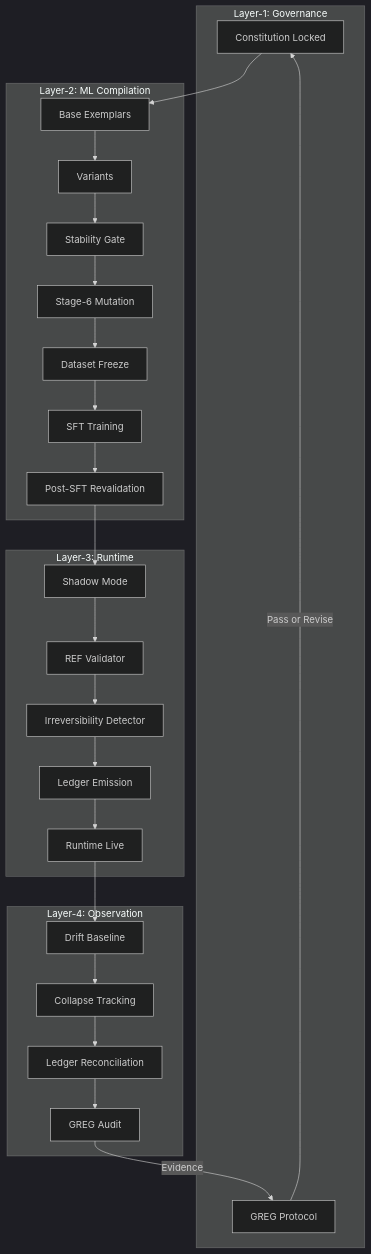
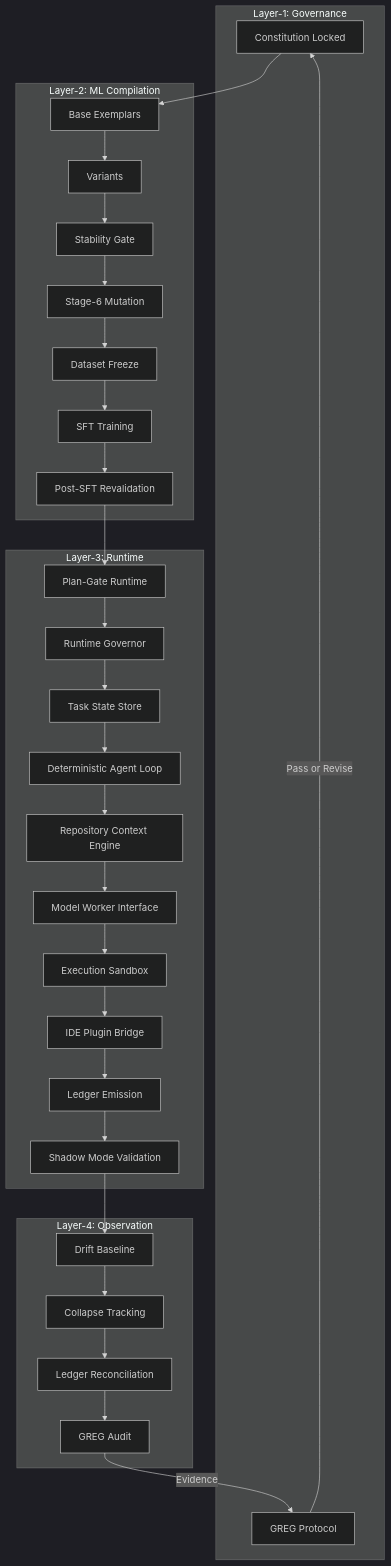
The diagram in docs/ROADMAP_L2_L3_L4.md (harshilshah2501/m-coder), drawn with Mermaid (dark theme) before and after one commit. The commit also changed other lines of this file and 16 other files, not shown here.

First line of the commit message:
Layer-3: add runtime-governed docs, tracker, and emulator plan

````diff
--- a/docs/ROADMAP_L2_L3_L4.md
+++ b/docs/ROADMAP_L2_L3_L4.md
@@ -120,40 +129,45 @@
 ```mermaid
 flowchart TB
   subgraph L1 [Layer-1: Governance]
     G[Constitution Locked]
     GREG[GREG Protocol]
   end
 
   subgraph L2 [Layer-2: ML Compilation]
     B[Base Exemplars]
     V[Variants]
     ST[Stability Gate]
     MUT[Stage-6 Mutation]
     FZ[Dataset Freeze]
     SFT[SFT Training]
     PSFT[Post-SFT Revalidation]
   end
 
   subgraph L3 [Layer-3: Runtime]
-    SM[Shadow Mode]
-    RV[REF Validator]
-    IV[Irreversibility Detector]
-    LE[Ledger Emission]
-    RL[Runtime Live]
+    PGRT[Plan-Gate Runtime]
+    RG[Runtime Governor]
+    TS[Task State Store]
+    DAL[Deterministic Agent Loop]
+    RCE[Repository Context Engine]
+    SBX[Execution Sandbox]
+    MW[Model Worker Interface]
+    IDE[IDE Plugin Bridge]
+    LED[Ledger Emission]
+    SHD[Shadow Mode Validation]
   end
 
   subgraph L4 [Layer-4: Observation]
     DB[Drift Baseline]
     CV[Collapse Tracking]
     LR[Ledger Reconciliation]
     GA[GREG Audit]
   end
 
   G --> B
   B --> V --> ST --> MUT --> FZ --> SFT --> PSFT
-  PSFT --> SM
-  SM --> RV --> IV --> LE --> RL
-  RL --> DB --> CV --> LR --> GA
+  PSFT --> PGRT
+  PGRT --> RG --> TS --> DAL --> RCE --> MW --> SBX --> IDE --> LED --> SHD
+  SHD --> DB --> CV --> LR --> GA
   GA -->|Evidence| GREG
   GREG -->|Pass or Revise| G
 ```
````
